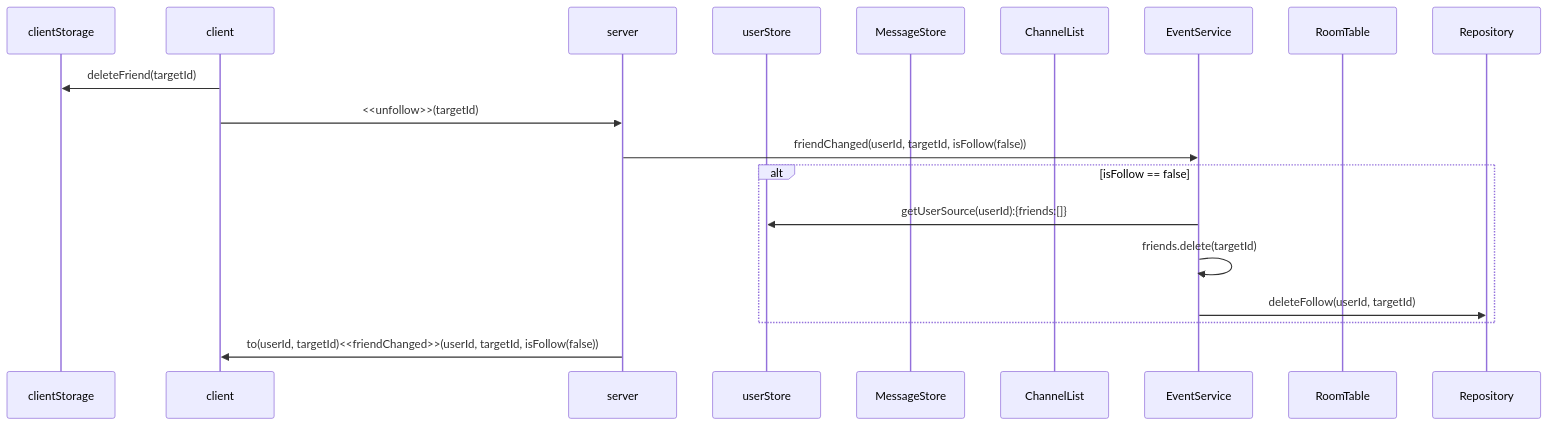
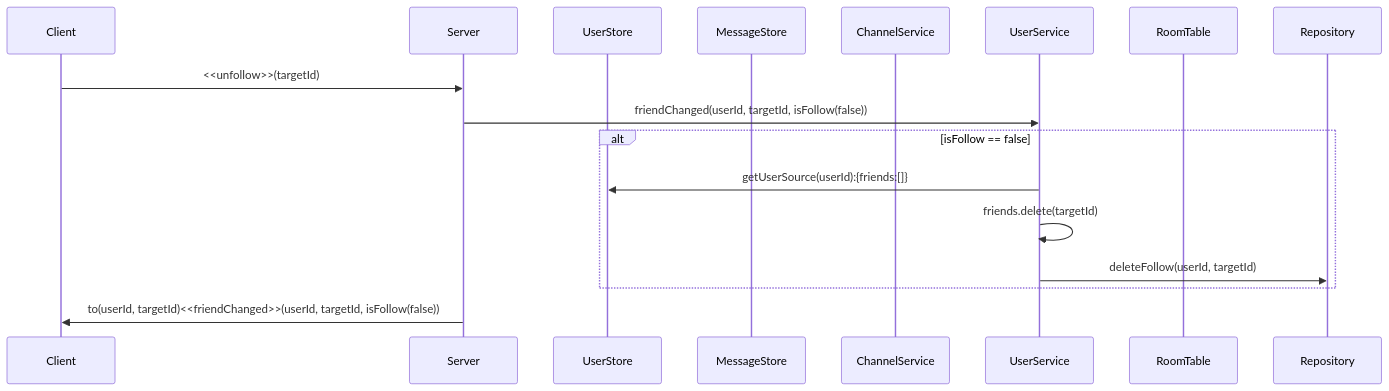
Before and after one commit to mtak0235/simmons_transcendence: the seventh of 20 diagrams in backend/node/app/event.md, drawn with Mermaid. The commit also changed other lines of this file, not shown here.

Commit message:
refactor: 백엔드 소켓 시퀀스 다이어그램 순서 정리 & 요청 응답 값 구체화

````diff
--- a/backend/node/app/event.md
+++ b/backend/node/app/event.md
@@ -208,22 +308,20 @@
 ```mermaid
 sequenceDiagram
-participant cls as clientStorage
-participant c as client
-participant ga as server
-participant ss as userStore
+participant c as Client
+participant ga as Server
+participant ss as UserStore
 participant ms as MessageStore
-participant cns as ChannelList
-participant cs as EventService
+participant cns as ChannelService
+participant us as UserService
 participant rt as RoomTable
 participant r as Repository
 
-c->>cls: deleteFriend(targetId)
 c->>ga: <<unfollow>>(targetId)
-ga->>cs: friendChanged(userId, targetId, isFollow(false))
+ga->>us: friendChanged(userId, targetId, isFollow(false))
 alt isFollow == false
-cs->>ss: getUserSource(userId):{friends:[]}
-cs->>cs: friends.delete(targetId)
-cs->>r: deleteFollow(userId, targetId)
+us->>ss: getUserSource(userId):{friends:[]}
+us->>us: friends.delete(targetId)
+us->>r: deleteFollow(userId, targetId)
 end
 ga->>c: to(userId, targetId)<<friendChanged>>(userId, targetId, isFollow(false))
 ```
````
